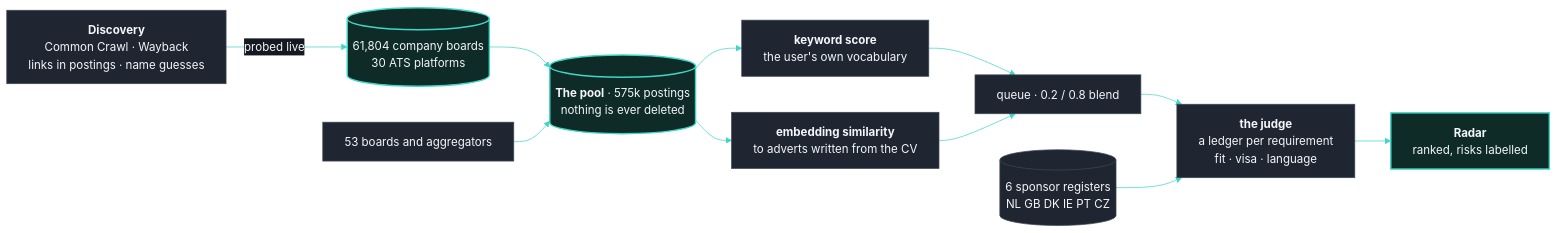
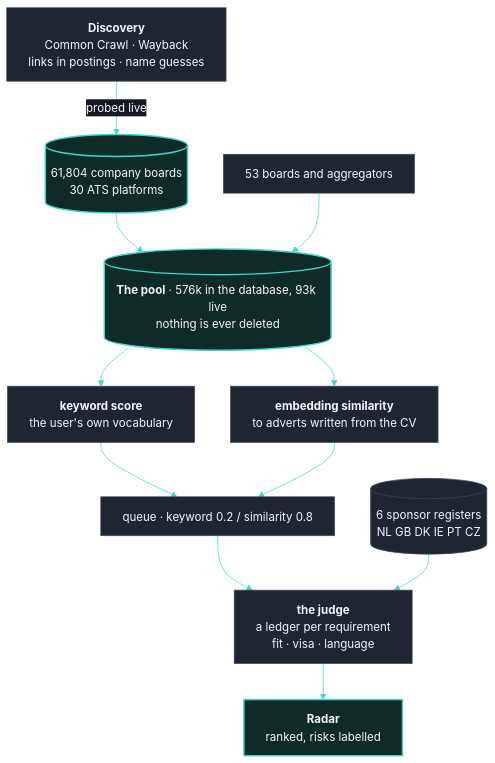
One commit to OytunOnal/jobradar-engineering changed the first of 2 diagrams in README.md. Above: the diagram before and after it, drawn with Mermaid. The commit also changed other lines of this file and 2 other files, not shown here.

````diff
--- a/README.md
+++ b/README.md
@@ -23,21 +24,21 @@
 ```mermaid
 %%{init:{"theme":"base","themeVariables":{
 "primaryColor":"#1f2631","primaryTextColor":"#f4f6f9","primaryBorderColor":"#3d4858",
 "lineColor":"#3fd6c6","secondaryColor":"#1f2631","tertiaryColor":"#151a22",
-"clusterBkg":"#151a22","clusterBorder":"#2c3541","edgeLabelBackground":"#151a22","titleColor":"#aab4c2"
+"clusterBkg":"#151a22","clusterBorder":"#2c3541","edgeLabelBackground":"#151a22","titleColor":"#5b6b7d"
 },"flowchart":{"wrappingWidth":300,"curve":"basis"}}}%%
-flowchart LR
+flowchart TD
   DISC["<b>Discovery</b><br/>Common Crawl · Wayback<br/>links in postings · name guesses"] -- "probed live" --> BOARDS[("61,804 company boards<br/>30 ATS platforms")]
   BOARDS --> POOL
   AGG["53 boards and aggregators"] --> POOL
-  POOL[("<b>The pool</b> · 575k postings<br/>nothing is ever deleted")]
+  POOL[("<b>The pool</b> · 576k in the database, 93k live<br/>nothing is ever deleted")]
   POOL --> KW["<b>keyword score</b><br/>the user's own vocabulary"]
   POOL --> EMB["<b>embedding similarity</b><br/>to adverts written from the CV"]
-  KW --> Q["queue · 0.2 / 0.8 blend"]
+  KW --> Q["queue · keyword 0.2 / similarity 0.8"]
   EMB --> Q
   Q --> JUDGE["<b>the judge</b><br/>a ledger per requirement<br/>fit · visa · language"]
   REG[("6 sponsor registers<br/>NL GB DK IE PT CZ")] --> JUDGE
   JUDGE --> RADAR["<b>Radar</b><br/>ranked, risks labelled"]
   classDef key fill:#0e2b27,stroke:#3fd6c6,stroke-width:2px,color:#f4f6f9
   class BOARDS,POOL,RADAR key
 ```
````
